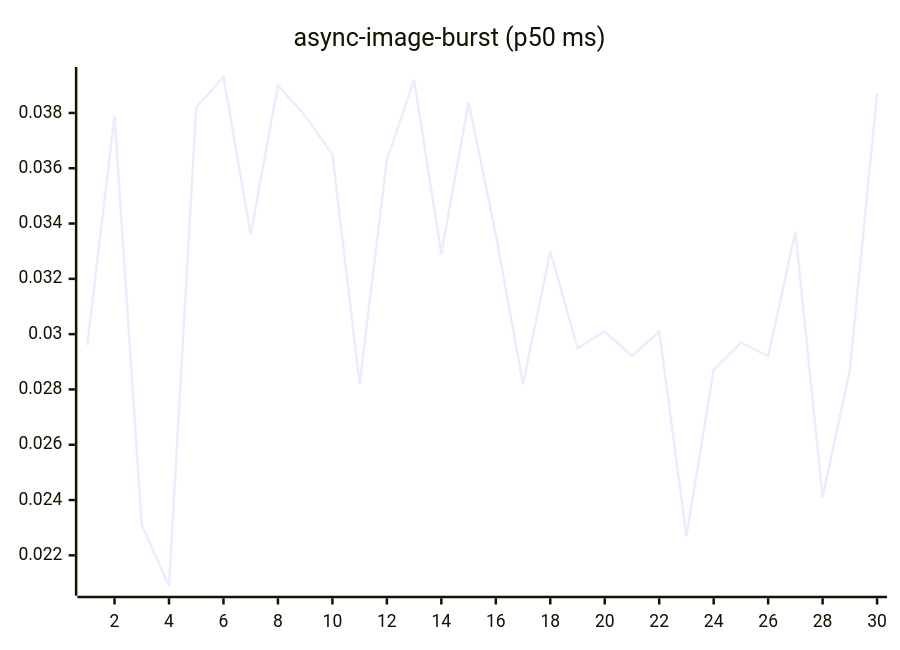
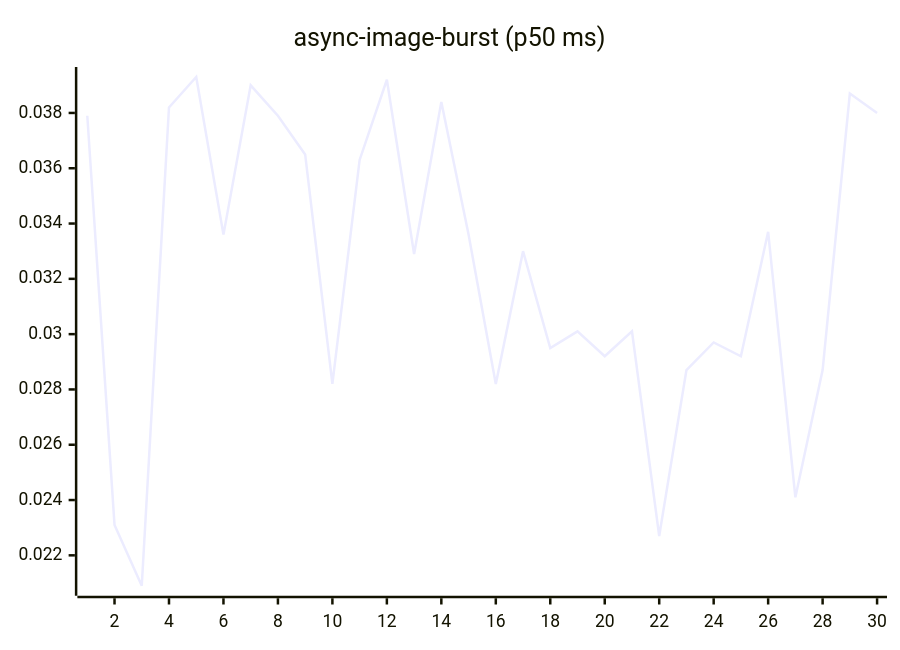
Before and after one commit to josha/Facet: the fourth of 27 diagrams in README.md, drawn with Mermaid. The commit also changed other lines of this file and 2 other files, not shown here.

````diff
--- a/README.md
+++ b/README.md
@@ -84,6 +84,6 @@
 ```mermaid
 xychart-beta
     title "async-image-burst (p50 ms)"
     x-axis 1 --> 30
-    line [0.0296, 0.0379, 0.0231, 0.0209, 0.0382, 0.0393, 0.0336, 0.0390, 0.0379, 0.0365, 0.0282, 0.0363, 0.0392, 0.0329, 0.0384, 0.0336, 0.0282, 0.0330, 0.0295, 0.0301, 0.0292, 0.0301, 0.0227, 0.0287, 0.0297, 0.0292, 0.0337, 0.0241, 0.0287, 0.0387]
+    line [0.0379, 0.0231, 0.0209, 0.0382, 0.0393, 0.0336, 0.0390, 0.0379, 0.0365, 0.0282, 0.0363, 0.0392, 0.0329, 0.0384, 0.0336, 0.0282, 0.0330, 0.0295, 0.0301, 0.0292, 0.0301, 0.0227, 0.0287, 0.0297, 0.0292, 0.0337, 0.0241, 0.0287, 0.0387, 0.0380]
 ```
````
